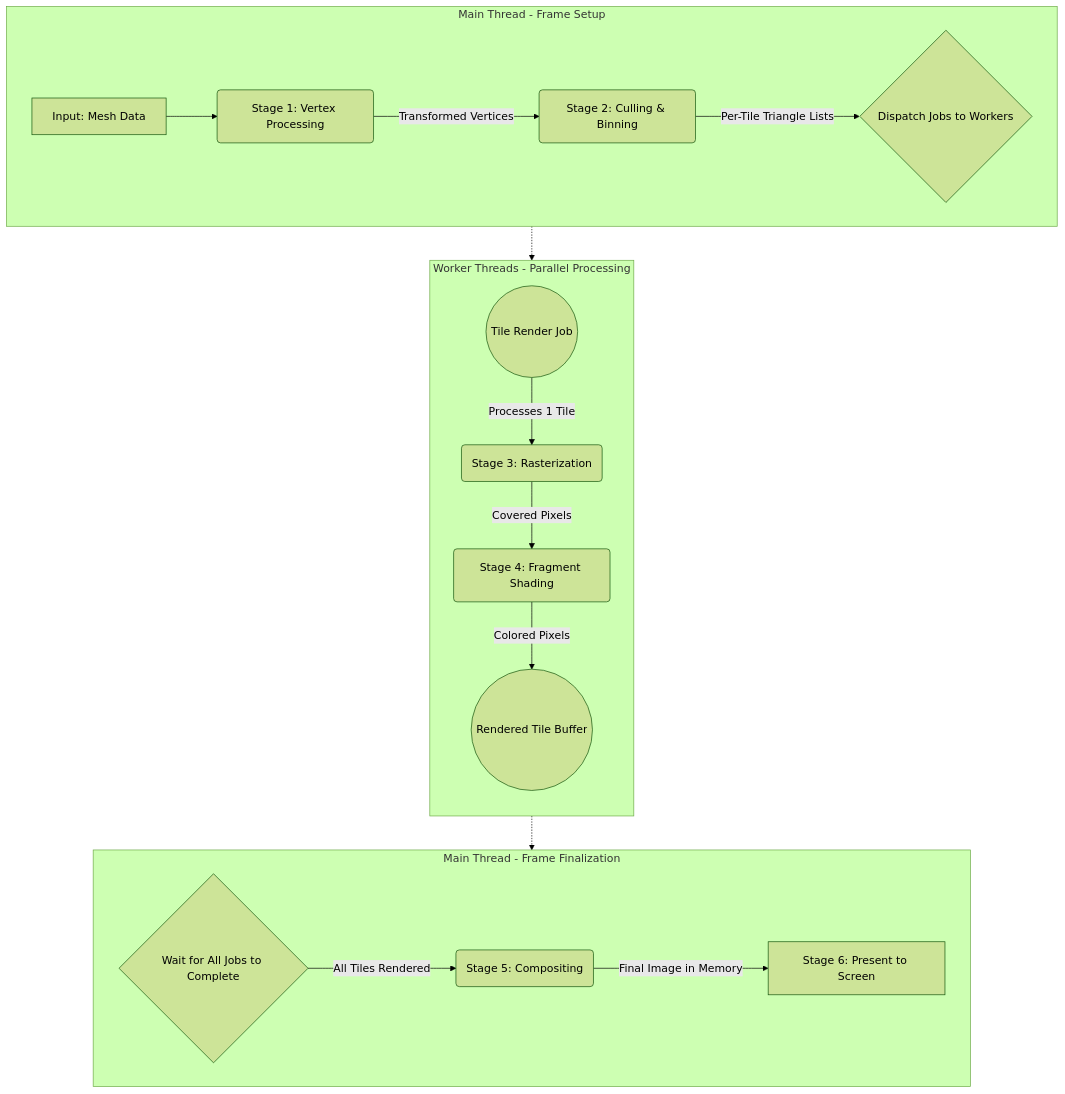
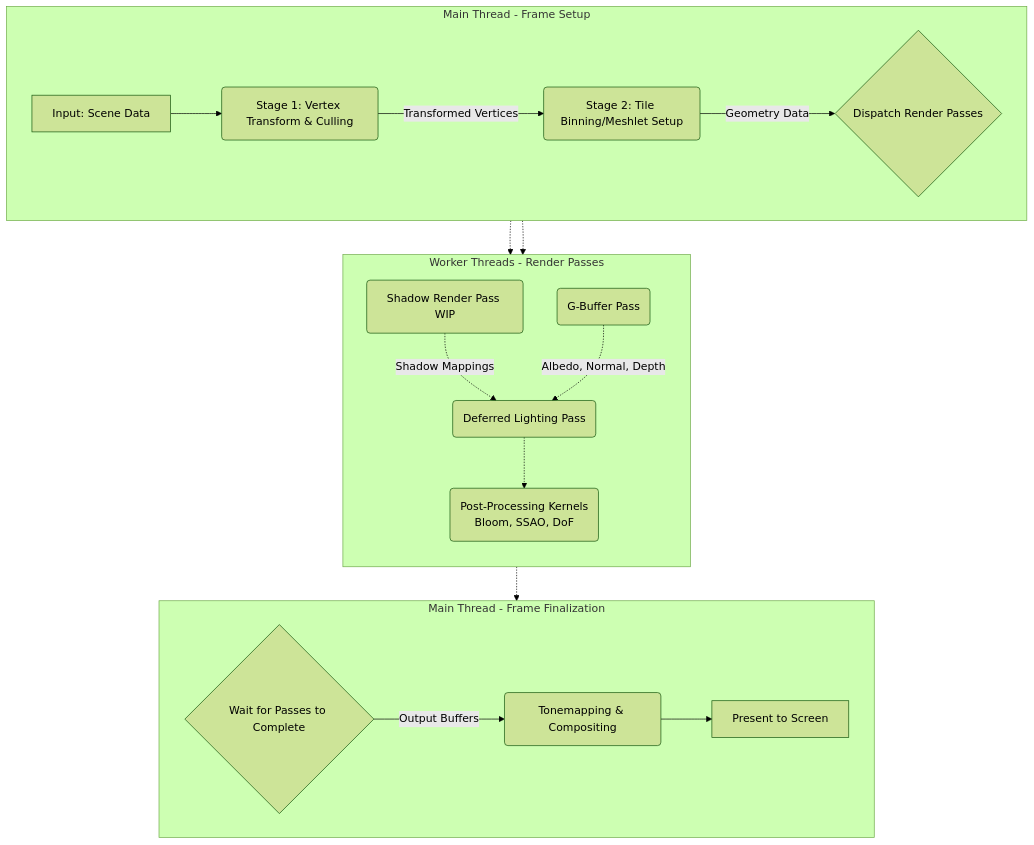
One commit to monstercameron/learn_zig_and_3d changed the first of 2 diagrams in README.md. Above: the diagram before and after it, drawn with Mermaid (forest theme). The commit also changed other lines of this file and 16 other files, not shown here.

````diff
--- a/README.md
+++ b/README.md
@@ -47,26 +52,28 @@
 ```mermaid
 flowchart TD
     subgraph "Main Thread - Frame Setup"
         direction LR
-        A[Input: Mesh Data] --> B(Stage 1: Vertex Processing);
-        B -- Transformed Vertices --> C(Stage 2: Culling & Binning);
-        C -- Per-Tile Triangle Lists --> D{Dispatch Jobs to Workers};
+        A[Input: Scene Data] --> B(Stage 1: Vertex Transform & Culling);
+        B -- Transformed Vertices --> C(Stage 2: Tile Binning/Meshlet Setup);
+        C -- Geometry Data --> D{Dispatch Render Passes};
     end
 
-    subgraph "Worker Threads - Parallel Processing"
+    subgraph "Worker Threads - Render Passes"
         direction TB
-        E((Tile Render Job));
-        D -.-> E;
-        E -- Processes 1 Tile --> F(Stage 3: Rasterization);
-        F -- Covered Pixels --> G(Stage 4: Fragment Shading);
-        G -- Colored Pixels --> H((Rendered Tile Buffer));
+        D -.-> SP(Shadow Render Pass WIP)
+        D -.-> GB(G-Buffer Pass)
+        
+        SP -.-> |Shadow Mappings| DL
+        GB -.-> |Albedo, Normal, Depth| DL(Deferred Lighting Pass)
+        
+        DL -.-> PP(Post-Processing Kernels<br>Bloom, SSAO, DoF)
     end
 
     subgraph "Main Thread - Frame Finalization"
         direction LR
-        I{Wait for All Jobs to Complete};
-        H -.-> I;
-        I -- All Tiles Rendered --> J(Stage 5: Compositing);
-        J -- Final Image in Memory --> K[Stage 6: Present to Screen];
+        I{Wait for Passes to Complete};
+        PP -.-> I;
+        I -- Output Buffers --> J(Tonemapping & Compositing);
+        J --> K[Present to Screen];
     end
 ```
````
